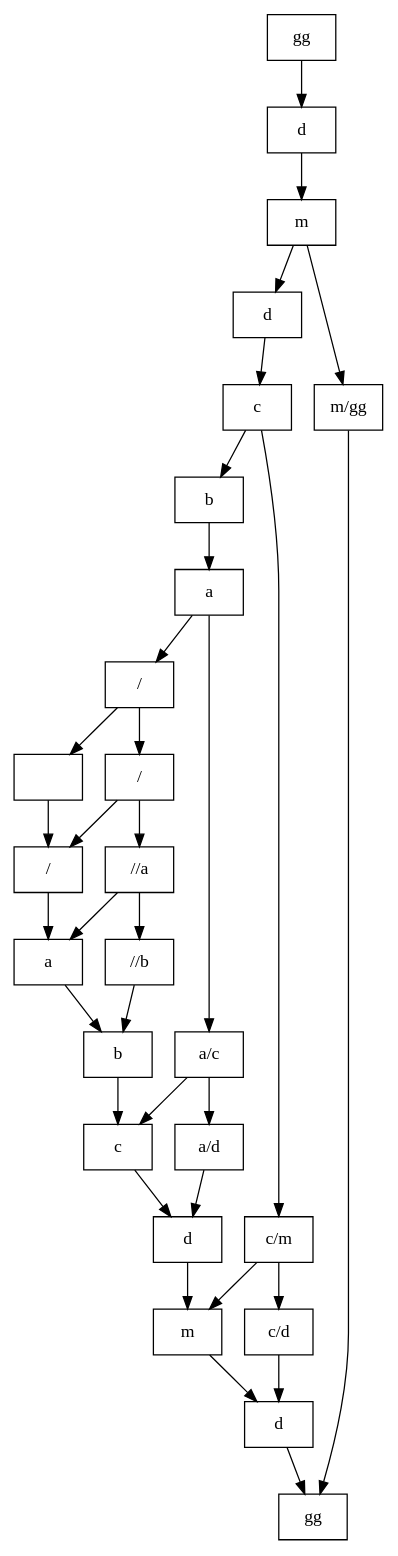
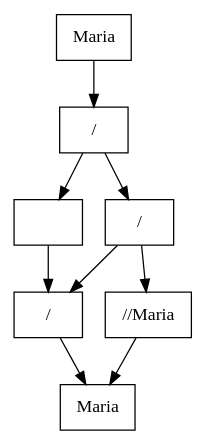
One commit to Aranmarh/EDD_2S2019_PY2_201408507 changed the diagram in Matriz.dot. Above: the diagram before and after it, drawn with Graphviz. The commit also changed 26 other files, not shown here.

```diff
--- a/Matriz.dot
+++ b/Matriz.dot
@@ -1,60 +1,18 @@
 digraph G{
 node [shape= record] 
 00[label=" " pos="0,0!"];
 00->10
 10[label="/ " pos="3,0!"];
 10->20
-20[label="a " pos="6,0!"];
-20->30
-30[label="b " pos="9,0!"];
-30->40
-40[label="c " pos="12,0!"];
-40->50
-50[label="d " pos="15,0!"];
-50->60
-60[label="m " pos="18,0!"];
-60->70
-70[label="d " pos="21,0!"];
-70->80
-80[label="gg " pos="24,0!"];
+20[label="Maria " pos="6,0!"];
 01[label="/ " pos="0,-1!"];
 01->00
 01->11
 11[label="/ " pos="3,-1!"];
 11->10
 11->21
-21[label="//a " pos="6,-1!"];
+21[label="//Maria " pos="6,-1!"];
 21->20
-21->31
-31[label="//b " pos="9,-1!"];
-31->30
-02[label="a " pos="0,-2!"];
+02[label="Maria " pos="0,-2!"];
 02->01
-02->42
-42[label="a/c " pos="12,-2!"];
-42->40
-42->52
-52[label="a/d " pos="15,-2!"];
-52->50
-03[label="b " pos="0,-3!"];
-03->02
-04[label="c " pos="0,-4!"];
-04->03
-04->64
-64[label="c/m " pos="18,-4!"];
-64->60
-64->74
-74[label="c/d " pos="21,-4!"];
-74->70
-05[label="d " pos="0,-5!"];
-05->04
-06[label="m " pos="0,-6!"];
-06->05
-06->86
-86[label="m/gg " pos="24,-6!"];
-86->80
-07[label="d " pos="0,-7!"];
-07->06
-08[label="gg " pos="0,-8!"];
-08->07
 }
```
